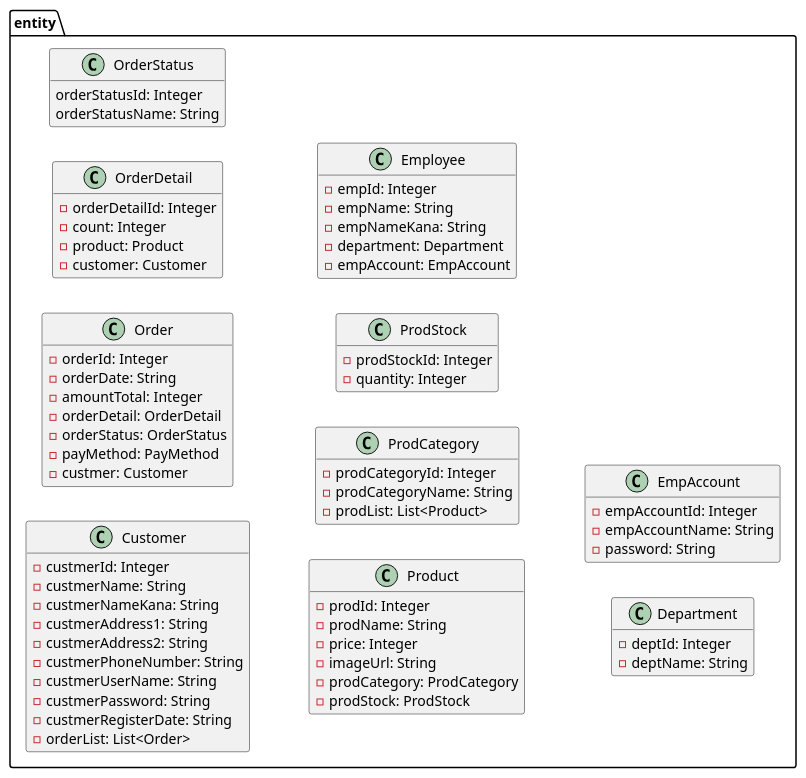
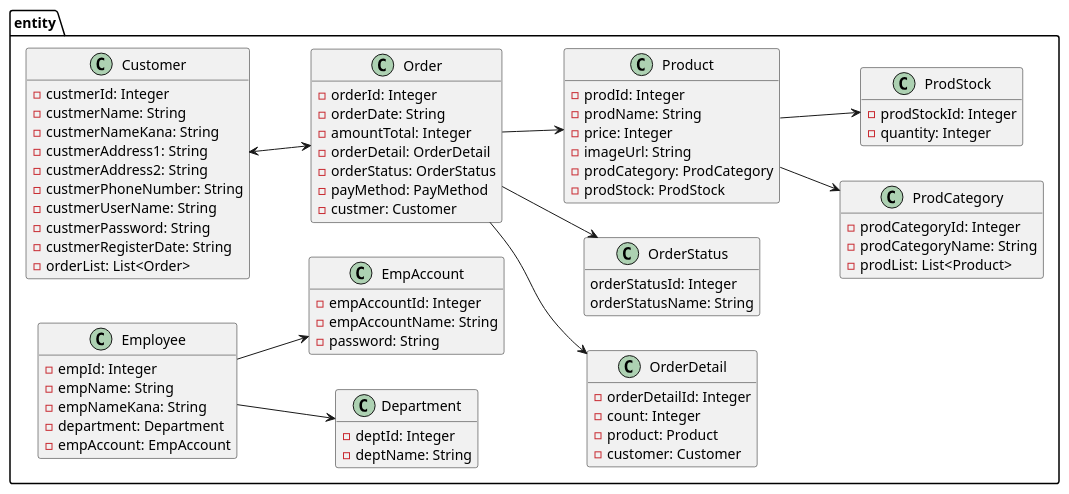
One commit to kanavii3333/ec-b changed the diagram in plan/uml/class/entity.plantuml. Above: the diagram before and after it, drawn with PlantUML.

Commit message:
entityのクラス図の修正

```diff
--- a/plan/uml/class/entity.plantuml
+++ b/plan/uml/class/entity.plantuml
@@ -1,82 +1,90 @@
 @startuml
 
 hide empty members
 left to right direction
 
 package entity{
     class Customer{
         -custmerId: Integer
         -custmerName: String
         -custmerNameKana: String
         -custmerAddress1: String
         -custmerAddress2: String
         -custmerPhoneNumber: String
         -custmerUserName: String
         -custmerPassword: String
         -custmerRegisterDate: String
         -orderList: List<Order>
     }
 
     class Order{
         -orderId: Integer
         -orderDate: String
         -amountTotal: Integer
         -orderDetail: OrderDetail
         -orderStatus: OrderStatus
         -payMethod: PayMethod
         -custmer: Customer
     }
 
     class OrderDetail{
         -orderDetailId: Integer
         -count: Integer
         -product: Product
         -customer: Customer
     }
 
     class OrderStatus{
         orderStatusId: Integer
         orderStatusName: String
     }
 
     class Product{
         -prodId: Integer
         -prodName: String
         -price: Integer
         -imageUrl: String
         -prodCategory: ProdCategory
         -prodStock: ProdStock
     }
 
     class ProdCategory{
         -prodCategoryId: Integer
         -prodCategoryName: String
         -prodList: List<Product>
     }
 
     class ProdStock{
         -prodStockId: Integer
         -quantity: Integer
     }
 
     class Employee{
         -empId: Integer
         -empName: String
         -empNameKana: String
         -department: Department
         -empAccount: EmpAccount
     }
 
     class Department{
         -deptId: Integer
         -deptName: String
     }
 
     class EmpAccount{
         -empAccountId: Integer
         -empAccountName: String
         -password: String
     }
 }
 
+Customer <--> Order
+Order --> OrderStatus
+Order --> OrderDetail
+Order --> Product
+Product --> ProdStock
+Product --> ProdCategory
+Employee --> EmpAccount
+Employee --> Department
 @enduml
```
